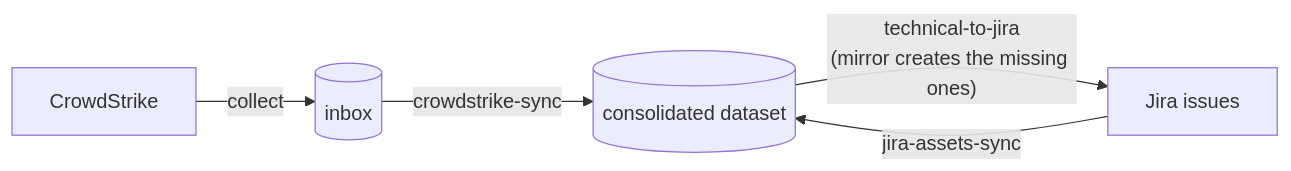
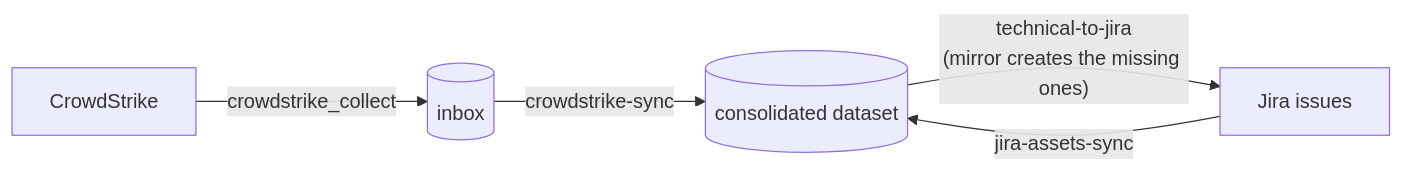
One commit to corvisrob/corvis-sightline-whitepapers changed the diagram in docs/prism/install/_bootstrap.md. Above: the diagram before and after it, drawn with Mermaid. The commit also changed other lines of this file and 1 other file, not shown here.

````diff
--- a/docs/prism/install/_bootstrap.md
+++ b/docs/prism/install/_bootstrap.md
@@ -9,7 +22,7 @@
 ```mermaid
 flowchart LR
-  CS["CrowdStrike"] -->|collect| INBOX[("inbox")]
+  CS["CrowdStrike"] -->|crowdstrike_collect| INBOX[("inbox")]
   INBOX -->|crowdstrike-sync| CONS[("consolidated dataset")]
   JIRA["Jira issues"] -->|jira-assets-sync| CONS
   CONS -->|"technical-to-jira<br/>(mirror creates the missing ones)"| JIRA
 ```
````
